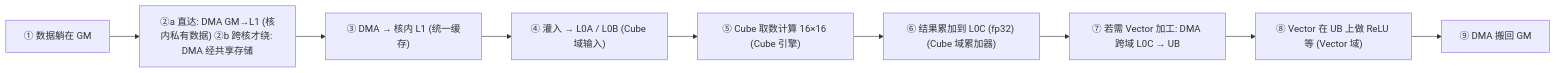
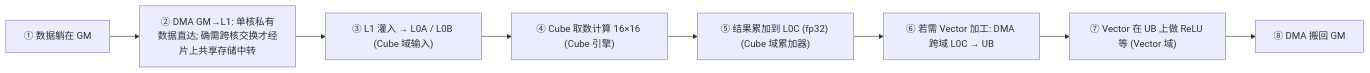
The second of 3 diagrams in docs/pages/reference/context.mdx (SuccinctPaul/Ascend-Notes), drawn with Mermaid before and after one commit. The commit also changed other lines of this file and 39 other files, not shown here.

````diff
--- a/docs/pages/reference/context.mdx
+++ b/docs/pages/reference/context.mdx
@@ -87,14 +73,13 @@
 ```mermaid
 flowchart LR
     A1["① 数据躺在 GM"]
-    A2["②a 直达: DMA GM→L1 (核内私有数据) ②b 跨核才绕: DMA 经共享存储"]
-    A3["③ DMA → 核内 L1 (统一缓存)"]
-    A4["④ 灌入 → L0A / L0B (Cube 域输入)"]
-    A5["⑤ Cube 取数计算 16×16 (Cube 引擎)"]
-    A6["⑥ 结果累加到 L0C (fp32) (Cube 域累加器)"]
-    A7["⑦ 若需 Vector 加工: DMA 跨域 L0C → UB"]
-    A8["⑧ Vector 在 UB 上做 ReLU 等 (Vector 域)"]
-    A9["⑨ DMA 搬回 GM"]
+    A2["② DMA GM→L1: 单核私有数据直达; 确需跨核交换才经片上共享存储中转"]
+    A3["③ L1 灌入 → L0A / L0B (Cube 域输入)"]
+    A4["④ Cube 取数计算 16×16 (Cube 引擎)"]
+    A5["⑤ 结果累加到 L0C (fp32) (Cube 域累加器)"]
+    A6["⑥ 若需 Vector 加工: DMA 跨域 L0C → UB"]
+    A7["⑦ Vector 在 UB 上做 ReLU 等 (Vector 域)"]
+    A8["⑧ DMA 搬回 GM"]
 
-    A1 --> A2 --> A3 --> A4 --> A5 --> A6 --> A7 --> A8 --> A9
+    A1 --> A2 --> A3 --> A4 --> A5 --> A6 --> A7 --> A8
 ```
````
